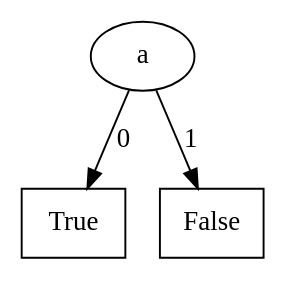
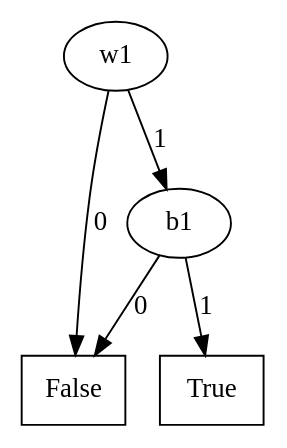
One commit to lputruele/tesis changed the diagram in Mu-calculus_model_checker/f5.dot. Above: the diagram before and after it, drawn with Graphviz. The commit also changed 10 other files, not shown here.

```diff
--- a/Mu-calculus_model_checker/f5.dot
+++ b/Mu-calculus_model_checker/f5.dot
@@ -1,15 +1,23 @@
 digraph BDD {
 node[shape=oval];
-2[label="a"];
+3[label="w1"];
+node[shape=rectangle];
+0[label=False];
+node[shape=oval];
+
+3->0[label=0];
+2[label="b1"];
+node[shape=rectangle];
+0[label=False];
+node[shape=oval];
+
+2->0[label=0];
 node[shape=rectangle];
 1[label=True];
 node[shape=oval];
 
-2->1[label=0];
-node[shape=rectangle];
-0[label=False];
-node[shape=oval];
+2->1[label=1];
 
-2->0[label=1];
+3->2[label=1];
 
 }
```
